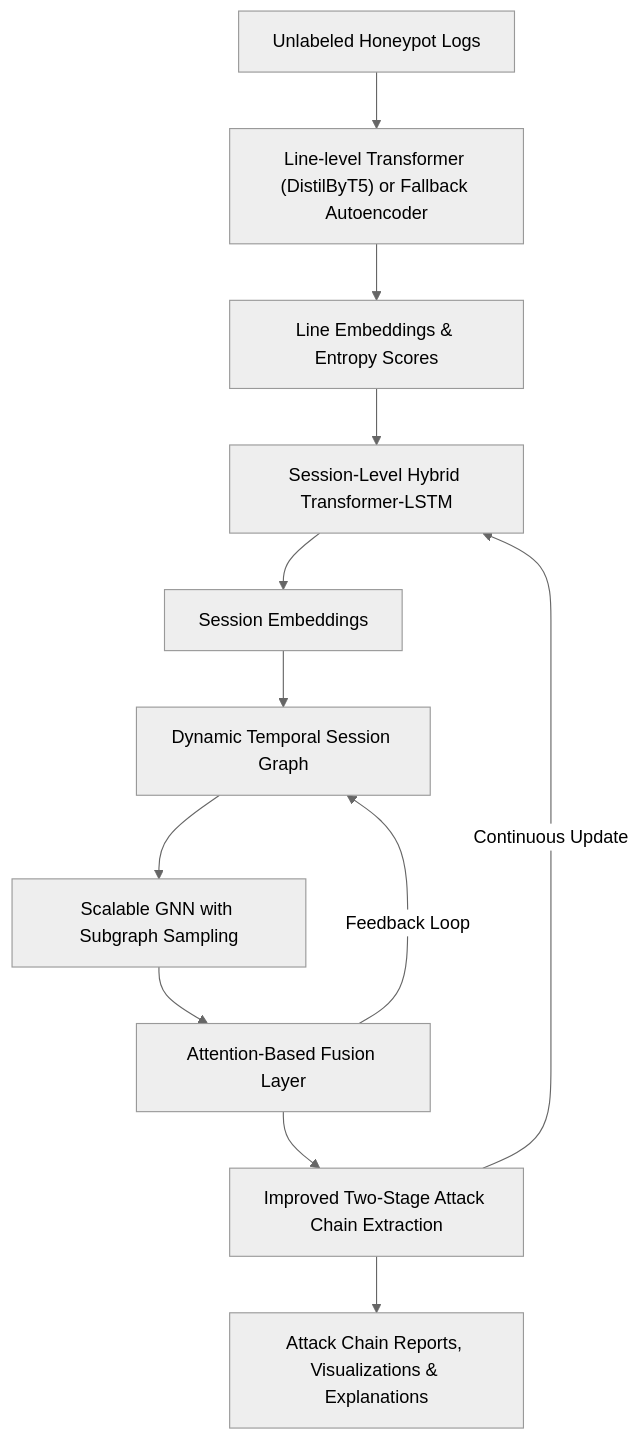
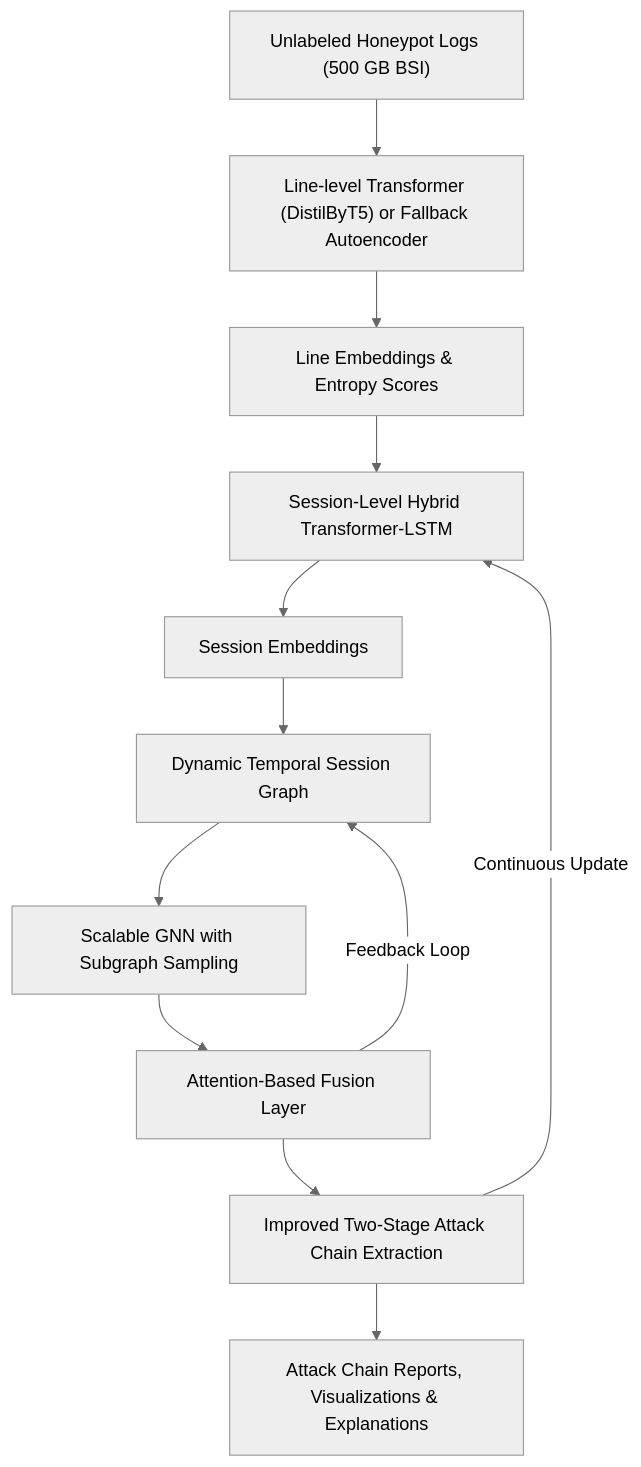
Before and after one commit to JohannesLks/Thesis: the diagram in docs/documentation/approach2.md, drawn with Mermaid (neutral theme). The commit also changed other lines of this file, not shown here.

Commit message:
improved

````diff
--- a/docs/documentation/approach2.md
+++ b/docs/documentation/approach2.md
@@ -36,14 +38,14 @@
-```mermaid  
-graph TD  
-  Input["Unlabeled Honeypot Logs"] --> LineTransformer["Line-level Transformer (DistilByT5) or Fallback Autoencoder"]  
-  LineTransformer --> LineEmbeddings["Line Embeddings & Entropy Scores"]  
-  LineEmbeddings --> SessionModel["Session-Level Hybrid Transformer-LSTM"]  
-  SessionModel --> SessionEmbeddings["Session Embeddings"]  
-  SessionEmbeddings --> TemporalGraph["Dynamic Temporal Session Graph"]  
-  TemporalGraph --> GNN["Scalable GNN with Subgraph Sampling"]  
-  GNN --> Fusion["Attention-Based Fusion Layer"]  
-  Fusion --> AttackChains["Improved Two-Stage Attack Chain Extraction"]  
-  AttackChains --> Output["Attack Chain Reports, Visualizations & Explanations"]  
-  Fusion -->|Feedback Loop| TemporalGraph  
-  AttackChains -->|Continuous Update| SessionModel  
-```  
+```mermaid
+graph TD
+  Input["Unlabeled Honeypot Logs (500 GB BSI)"] --> LineTransformer["Line-level Transformer (DistilByT5) or Fallback Autoencoder"]
+  LineTransformer --> LineEmbeddings["Line Embeddings & Entropy Scores"]
+  LineEmbeddings --> SessionModel["Session-Level Hybrid Transformer-LSTM"]
+  SessionModel --> SessionEmbeddings["Session Embeddings"]
+  SessionEmbeddings --> TemporalGraph["Dynamic Temporal Session Graph"]
+  TemporalGraph --> GNN["Scalable GNN with Subgraph Sampling"]
+  GNN --> Fusion["Attention-Based Fusion Layer"]
+  Fusion --> AttackChains["Improved Two-Stage Attack Chain Extraction"]
+  AttackChains --> Output["Attack Chain Reports, Visualizations & Explanations"]
+  Fusion -->|Feedback Loop| TemporalGraph
+  AttackChains -->|Continuous Update| SessionModel
+```
````
